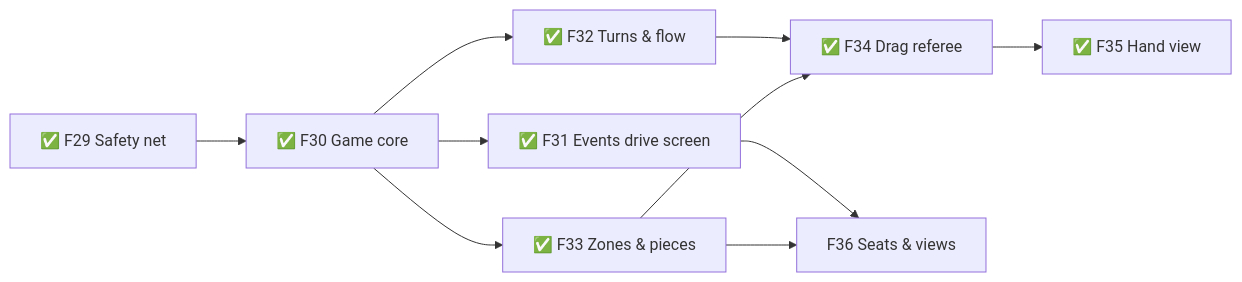
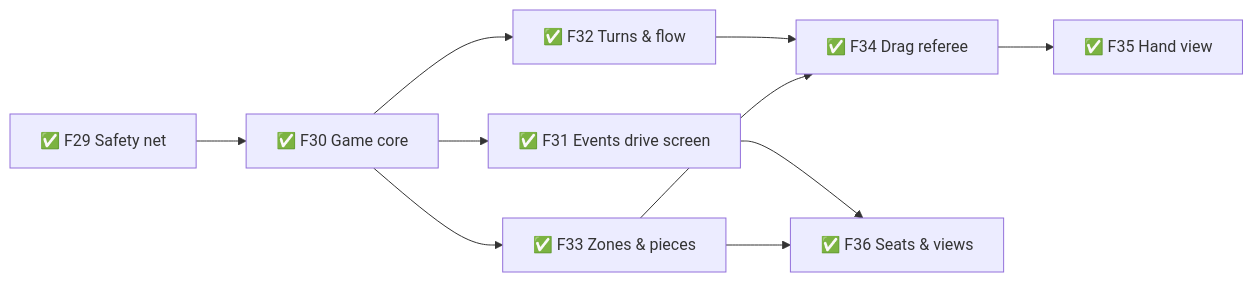
Before and after one commit to TheBlueMuzzy/glyphtender: the sixth of 6 diagrams in .planning/ROADMAP.md, drawn with Mermaid. The commit also changed other lines of this file and 3 other files, not shown here.

````diff
--- a/.planning/ROADMAP.md
+++ b/.planning/ROADMAP.md
@@ -123,12 +123,12 @@
 ```mermaid
 flowchart LR
   F29[✅ F29 Safety net] --> F30[✅ F30 Game core]
   F30 --> F31[✅ F31 Events drive screen]
   F30 --> F32[✅ F32 Turns & flow]
   F30 --> F33[✅ F33 Zones & pieces]
   F32 --> F34[✅ F34 Drag referee]
   F33 --> F34
   F34 --> F35[✅ F35 Hand view]
-  F31 --> F36[F36 Seats & views]
+  F31 --> F36[✅ F36 Seats & views]
   F33 --> F36
 ```
````
